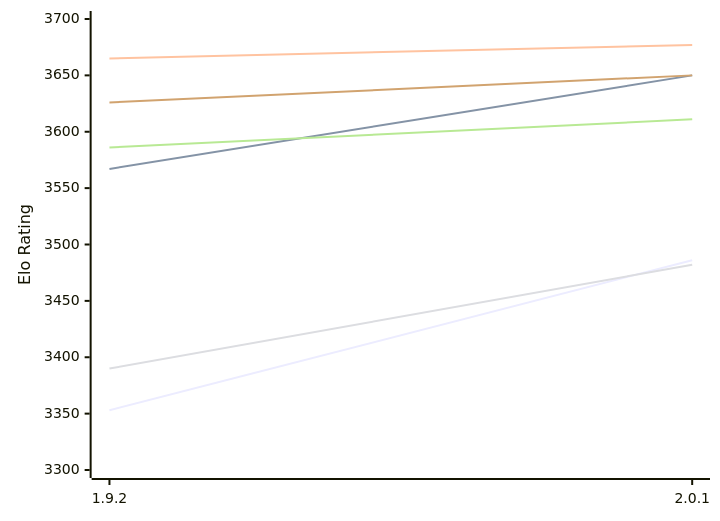
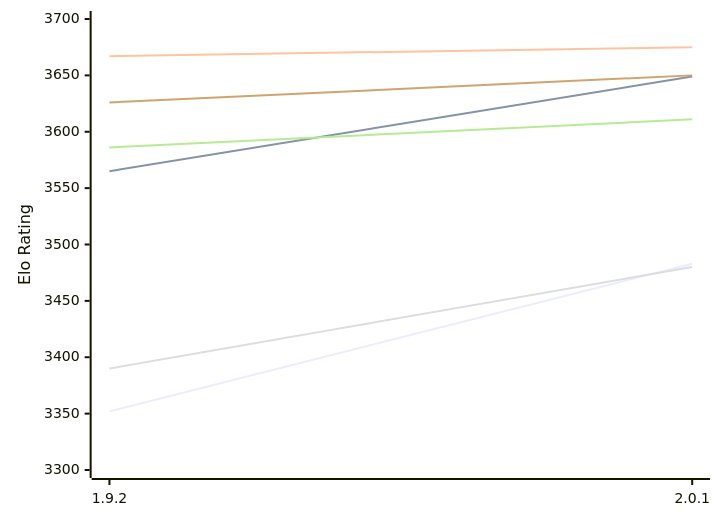
One commit to computer-chess-index/cci changed the first of 2 diagrams in engines/Pawnocchio.md. Above: the diagram before and after it, drawn with Mermaid. The commit also changed other lines of this file, not shown here.

Commit message:
Update CCI Ratings (ELO VLTC) - 2026-11-27

````diff
--- a/engines/Pawnocchio.md
+++ b/engines/Pawnocchio.md
@@ -52,12 +52,12 @@
 ```mermaid
 %%{init: {"theme":"base","themeVariables":{"seriesColors:['#a3a3a3','#222221','#faa371']}}}%%
 xychart-beta
   x-axis ["1.9.2", "2.0.1"]
   y-axis "Elo Rating" 3300 --> 3700
-  line "E1: STC (8.0+0.08s)" [3353, 3486]
-  line "E1: LTC (60.0+0.60s)" [3567, 3650]
-  line "E1: VLTC (2m24s+1.12s)" [3665, 3677]
-  line "P1: STC (8.0+0.08s)" [3390, 3482]
+  line "E1: STC (8.0+0.08s)" [3352, 3483]
+  line "E1: LTC (60.0+0.60s)" [3565, 3649]
+  line "E1: VLTC (2m24s+1.12s)" [3667, 3675]
+  line "P1: STC (8.0+0.08s)" [3390, 3480]
   line "P1: LTC (60.0+0.60s)" [3586, 3611]
   line "P1: VLTC (2m24s+1.12s)" [3626, 3650]
 ```
````
